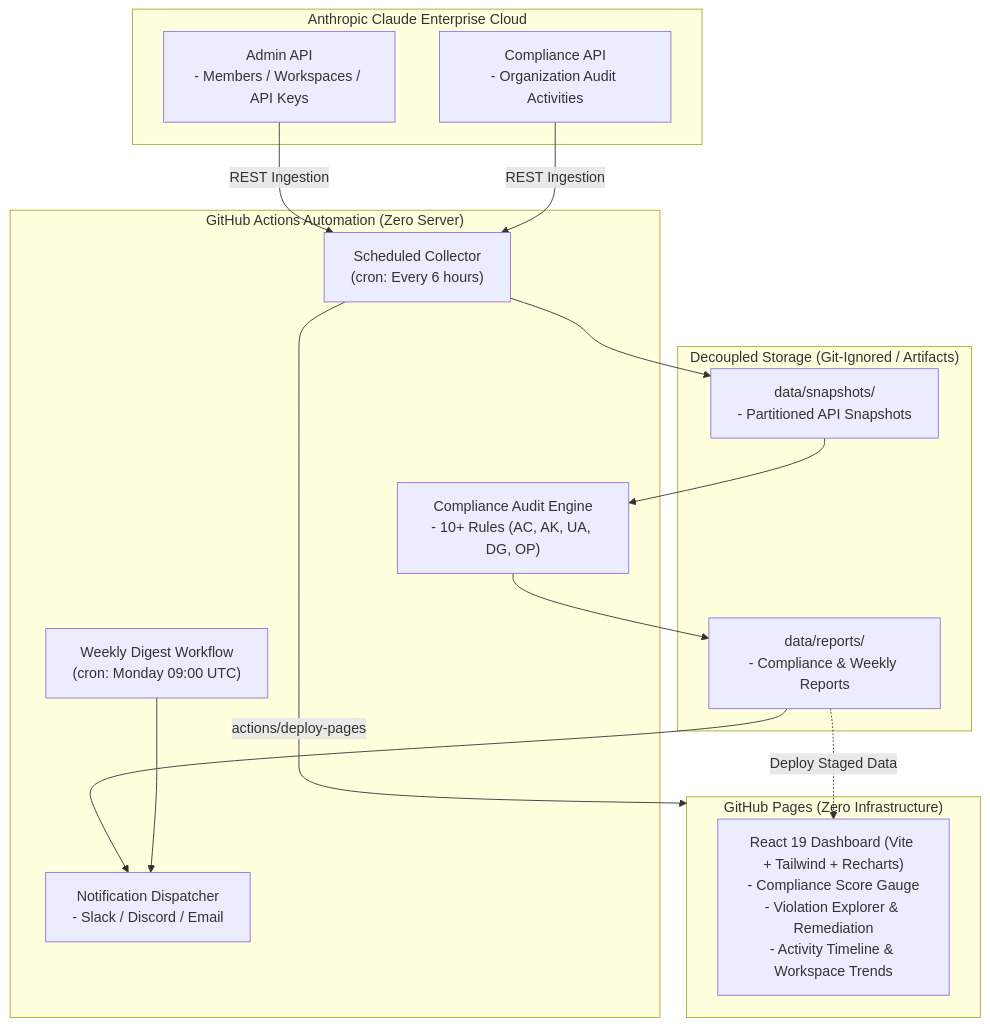
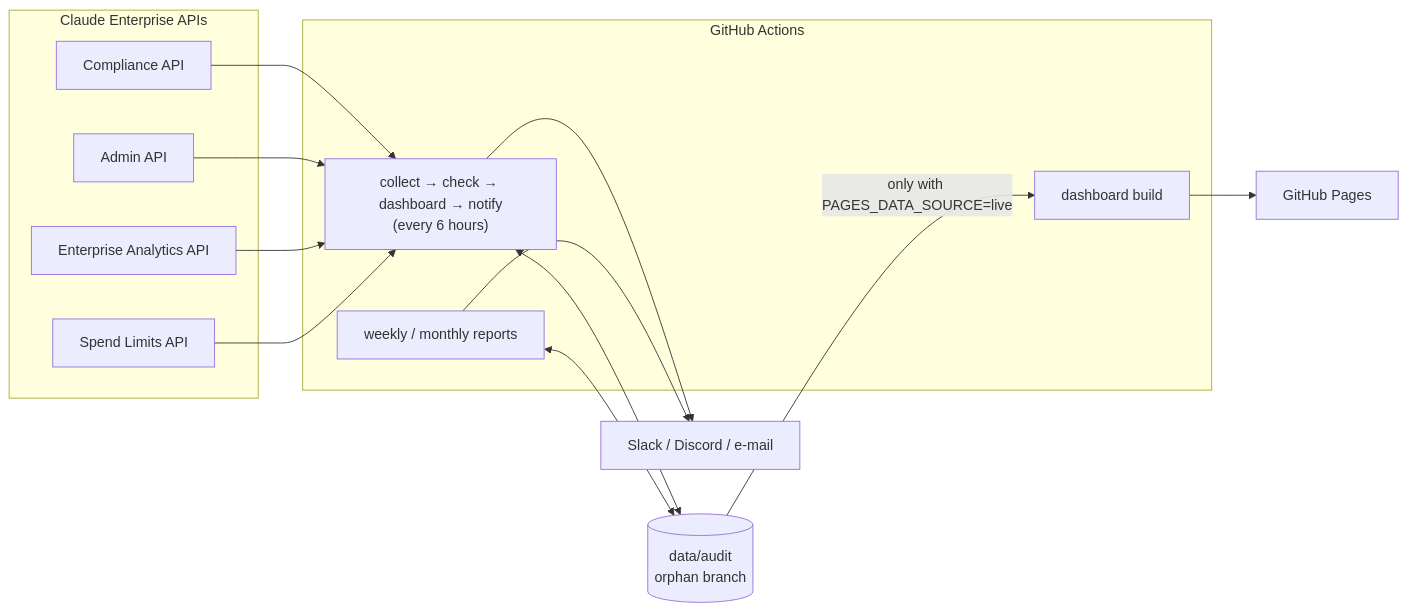
Before and after one commit to sun-flat-yamada/claude-audit-dashboard: the diagram in README.md, drawn with Mermaid. The commit also changed other lines of this file and 158 other files, not shown here.

First line of the commit message:
refactor!: rebuild on Claude Enterprise APIs with a Clean Architecture

````diff
--- a/README.md
+++ b/README.md
@@ -81,33 +62,25 @@
 ```mermaid
-flowchart TD
-    subgraph Anthropic_Cloud["Anthropic Claude Enterprise Cloud"]
-        AdminAPI["Admin API\n- Members / Workspaces / API Keys"]
-        CompAPI["Compliance API\n- Organization Audit Activities"]
+flowchart LR
+    subgraph Anthropic["Claude Enterprise APIs"]
+        CA["Compliance API"]
+        AA["Admin API"]
+        NA["Enterprise Analytics API"]
+        SA["Spend Limits API"]
     end
+    subgraph Actions["GitHub Actions"]
+        COL["collect → check → dashboard → notify<br/>(every 6 hours)"]
+        REP["weekly / monthly reports"]
+        BLD["dashboard build"]
+    end
+    DATA[("data/audit<br/>orphan branch")]
+    PAGES["GitHub Pages"]
+    CH["Slack / Discord / e-mail"]
 
-    subgraph GitHub_Actions["GitHub Actions Automation (Zero Server)"]
-        CronAudit["Scheduled Collector\n(cron: Every 6 hours)"]
-        CronWeekly["Weekly Digest Workflow\n(cron: Monday 09:00 UTC)"]
-        Checker["Compliance Audit Engine\n- 10+ Rules (AC, AK, UA, DG, OP)"]
-        Notifier["Notification Dispatcher\n- Slack / Discord / Email"]
-    end
-
-    subgraph Storage["Decoupled Storage (Git-Ignored / Artifacts)"]
-        Snapshots["data/snapshots/\n- Partitioned API Snapshots"]
-        Reports["data/reports/\n- Compliance & Weekly Reports"]
-    end
-
-    subgraph Hosting["GitHub Pages (Zero Infrastructure)"]
-        SPA["React 19 Dashboard (Vite + Tailwind + Recharts)\n- Compliance Score Gauge\n- Violation Explorer & Remediation\n- Activity Timeline & Workspace Trends"]
-    end
-
-    AdminAPI -->|REST Ingestion| CronAudit
-    CompAPI -->|REST Ingestion| CronAudit
-    CronAudit --> Snapshots
-    Snapshots --> Checker
-    Checker --> Reports
-    Reports --> Notifier
-    Reports -.->|Deploy Staged Data| SPA
-    CronWeekly --> Notifier
-    CronAudit -->|actions/deploy-pages| Hosting
+    CA & AA & NA & SA --> COL
+    COL <--> DATA
+    REP <--> DATA
+    COL --> CH
+    REP --> CH
+    DATA -->|"only with PAGES_DATA_SOURCE=live"| BLD
+    BLD --> PAGES
 ```
````
